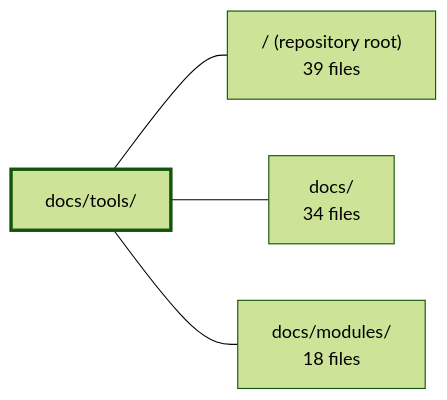
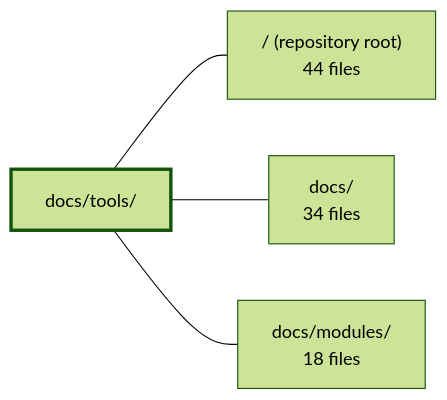
The diagram in .2repo/modules/boilerplate-node-backend_docs_tools.md (Guebbit/boilerplate-node-backend), drawn with Mermaid (forest theme) before and after one commit. The commit also changed other lines of this file and 625 other files, not shown here.

````diff
--- a/.2repo/modules/boilerplate-node-backend_docs_tools.md
+++ b/.2repo/modules/boilerplate-node-backend_docs_tools.md
@@ -37,11 +39,11 @@
 ```mermaid
 flowchart LR
     m_docs_tools["docs/tools/"]
-    m_root["/ (repository root)<br/>39 files"]
+    m_root["/ (repository root)<br/>44 files"]
     m_docs["docs/<br/>34 files"]
     m_docs_modules["docs/modules/<br/>18 files"]
     m_docs_tools --- m_root
     m_docs_tools --- m_docs
     m_docs_tools --- m_docs_modules
     style m_docs_tools stroke-width:3px
 ```
````
